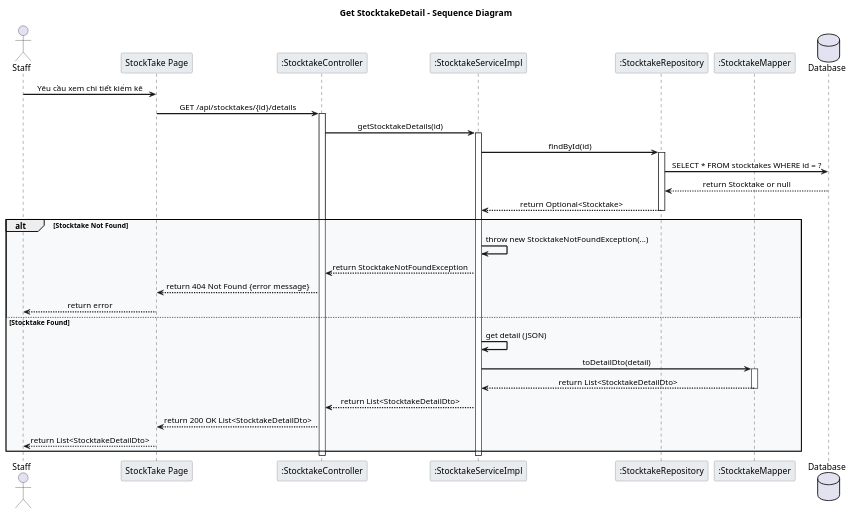
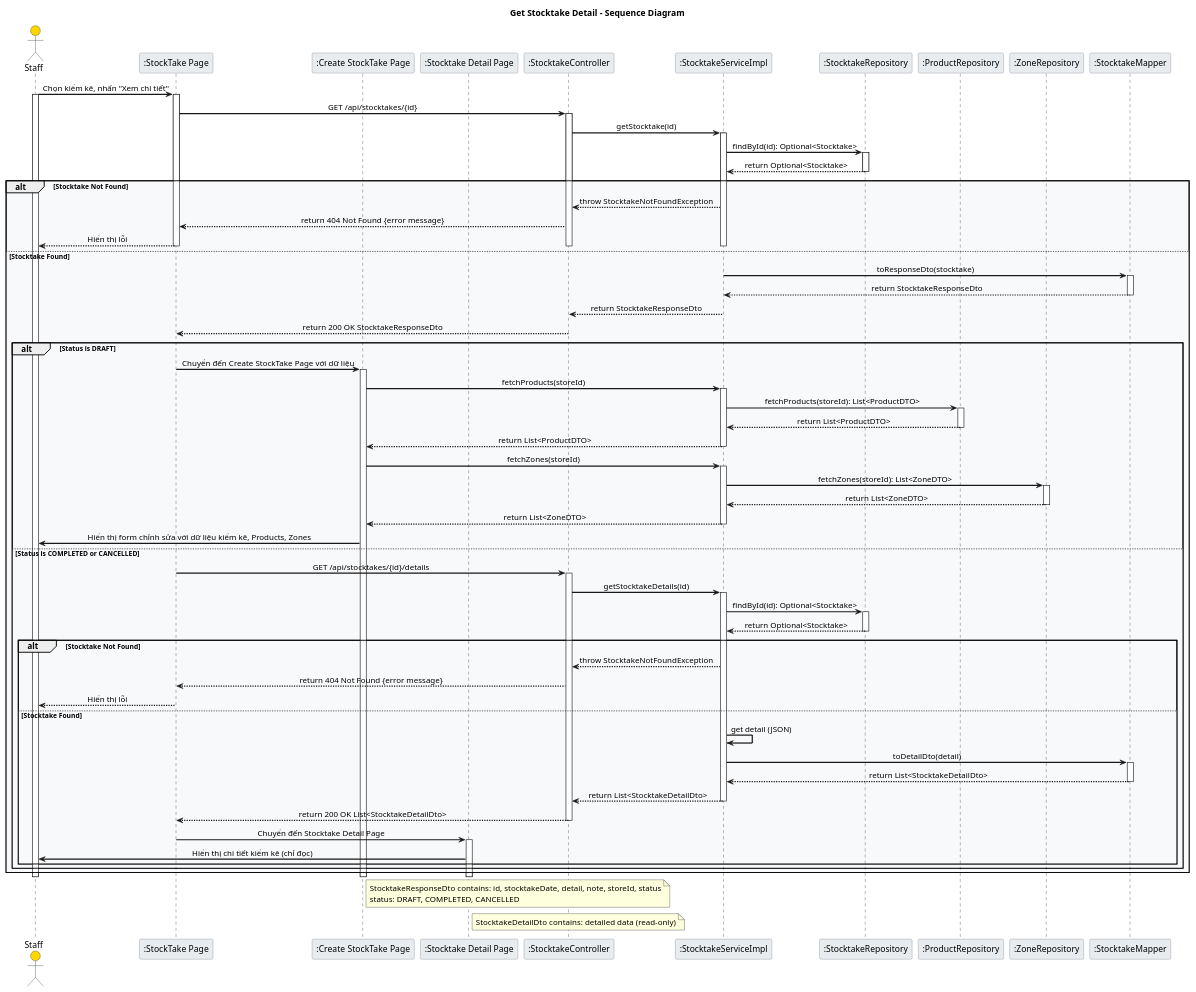
One commit to LamVNT/Farmovo changed the diagram in Stocktake_GetDetail_Sequence.puml. Above: the diagram before and after it, drawn with PlantUML. The commit also changed 25 other files, not shown here.

Commit message:
Fix Logic StockTake, Create Test Category and StockTake

```diff
--- a/Stocktake_GetDetail_Sequence.puml
+++ b/Stocktake_GetDetail_Sequence.puml
@@ -1,49 +1,116 @@
 @startuml Stocktake_GetDetail_Sequence
 
 skinparam backgroundColor white
 skinparam sequenceArrowThickness 2
 skinparam sequenceMessageAlign center
 skinparam sequenceGroupBodyBackgroundColor #F8F9FA
 skinparam sequenceParticipantBorderColor #6C757D
 skinparam sequenceParticipantBackgroundColor #E9ECEF
 skinparam sequenceLifeLineStroke dash
+skinparam actorBackgroundColor #FFD700
 
-title Get StocktakeDetail - Sequence Diagram
+title Get Stocktake Detail - Sequence Diagram
 
 actor Staff
-participant "StockTake Page" as UI
+participant ":StockTake Page" as UI
+participant ":Create StockTake Page" as CSUI
+participant ":Stocktake Detail Page" as DUI
 participant ":StocktakeController" as CC
 participant ":StocktakeServiceImpl" as CS
 participant ":StocktakeRepository" as CR
+participant ":ProductRepository" as PR
+participant ":ZoneRepository" as ZR
 participant ":StocktakeMapper" as CM
-database "Database" as DB
 
-Staff -> UI : Yêu cầu xem chi tiết kiểm kê
-UI -> CC : GET /api/stocktakes/{id}/details
+Staff -> UI: Chọn kiểm kê, nhấn "Xem chi tiết"
+activate Staff
+activate UI
+UI -> CC: GET /api/stocktakes/{id}
 activate CC
-CC -> CS : getStocktakeDetails(id)
+CC -> CS: getStocktake(id)
 activate CS
-CS -> CR : findById(id)
+CS -> CR: findById(id): Optional<Stocktake>
 activate CR
-CR -> DB : SELECT * FROM stocktakes WHERE id = ?
-DB --> CR : return Stocktake or null
-CR --> CS : return Optional<Stocktake>
+CR --> CS: return Optional<Stocktake>
 deactivate CR
 alt Stocktake Not Found
-    CS -> CS : throw new StocktakeNotFoundException(...)
-    CS --> CC : return StocktakeNotFoundException
-    CC --> UI : return 404 Not Found {error message}
-    UI --> Staff : return error
+    CS --> CC: throw StocktakeNotFoundException
+    CC --> UI: return 404 Not Found {error message}
+    UI --> Staff: Hiển thị lỗi
+    deactivate CS
+    deactivate CC
+    deactivate UI
 else Stocktake Found
-    CS -> CS : get detail (JSON)
-    CS -> CM : toDetailDto(detail)
+    CS -> CM: toResponseDto(stocktake)
     activate CM
-    CM --> CS : return List<StocktakeDetailDto>
+    CM --> CS: return StocktakeResponseDto
     deactivate CM
-    CS --> CC : return List<StocktakeDetailDto>
-    CC --> UI : return 200 OK List<StocktakeDetailDto>
-    UI --> Staff : return List<StocktakeDetailDto>
+    CS --> CC: return StocktakeResponseDto
+    deactivate CS
+    CC --> UI: return 200 OK StocktakeResponseDto
+    deactivate CC
+    alt Status is DRAFT
+        UI -> CSUI: Chuyển đến Create StockTake Page với dữ liệu
+        deactivate UI
+        activate CSUI
+        CSUI -> CS: fetchProducts(storeId)
+        activate CS
+        CS -> PR: fetchProducts(storeId): List<ProductDTO>
+        activate PR
+        PR --> CS: return List<ProductDTO>
+        deactivate PR
+        CS --> CSUI: return List<ProductDTO>
+        deactivate CS
+        CSUI -> CS: fetchZones(storeId)
+        activate CS
+        CS -> ZR: fetchZones(storeId): List<ZoneDTO>
+        activate ZR
+        ZR --> CS: return List<ZoneDTO>
+        deactivate ZR
+        CS --> CSUI: return List<ZoneDTO>
+        deactivate CS
+        CSUI -> Staff: Hiển thị form chỉnh sửa với dữ liệu kiểm kê, Products, Zones
+    else Status is COMPLETED or CANCELLED
+        UI -> CC: GET /api/stocktakes/{id}/details
+        activate CC
+        CC -> CS: getStocktakeDetails(id)
+        activate CS
+        CS -> CR: findById(id): Optional<Stocktake>
+        activate CR
+        CR --> CS: return Optional<Stocktake>
+        deactivate CR
+        alt Stocktake Not Found
+            CS --> CC: throw StocktakeNotFoundException
+            CC --> UI: return 404 Not Found {error message}
+            UI --> Staff: Hiển thị lỗi
+        else Stocktake Found
+            CS -> CS: get detail (JSON)
+            CS -> CM: toDetailDto(detail)
+            activate CM
+            CM --> CS: return List<StocktakeDetailDto>
+            deactivate CM
+            CS --> CC: return List<StocktakeDetailDto>
+            deactivate CS
+            CC --> UI: return 200 OK List<StocktakeDetailDto>
+            deactivate CC
+            UI -> DUI: Chuyển đến Stocktake Detail Page
+            deactivate UI
+            activate DUI
+            DUI -> Staff: Hiển thị chi tiết kiểm kê (chỉ đọc)
+        end
+    end
 end
-deactivate CS
-deactivate CC
-@enduml 
+
+deactivate DUI
+deactivate CSUI
+deactivate Staff
+
+note right of CSUI
+    StocktakeResponseDto contains: id, stocktakeDate, detail, note, storeId, status
+    status: DRAFT, COMPLETED, CANCELLED
+end note
+note right of DUI
+    StocktakeDetailDto contains: detailed data (read-only)
+end note
+
+@enduml
```
